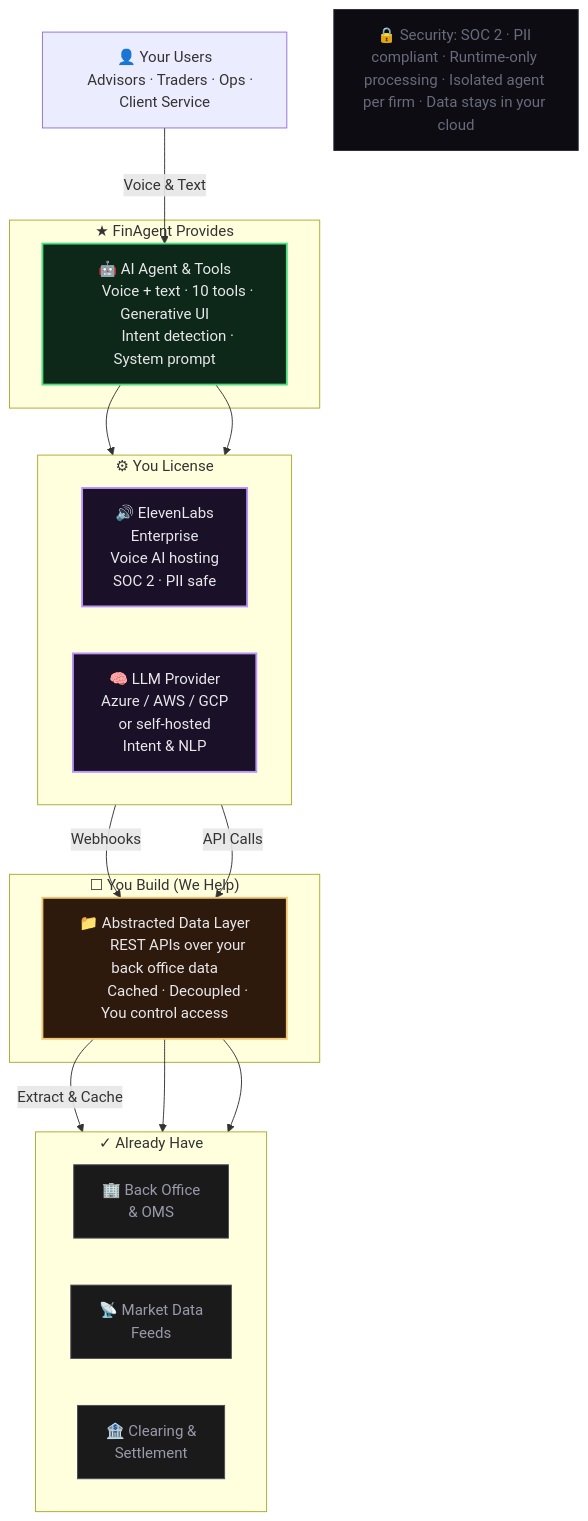
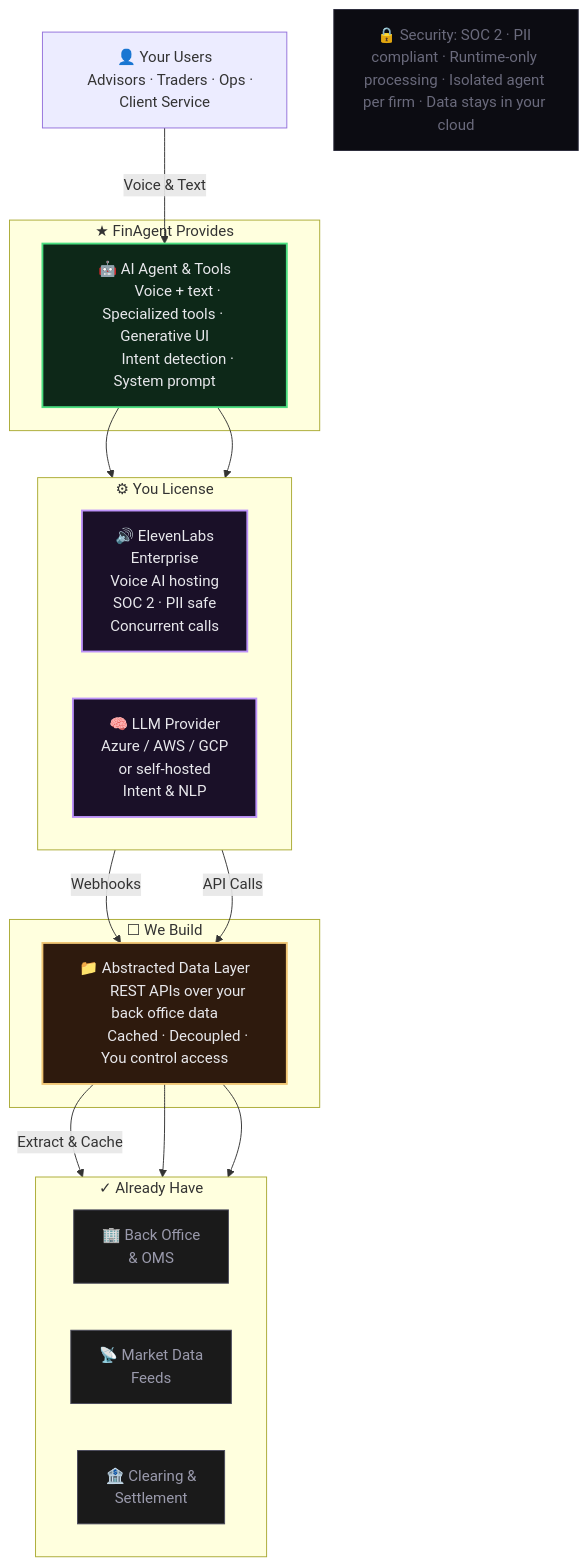
One commit to fin-agent/finagent-frontend changed the second of 2 diagrams in docs/enterprise-architecture.md. Above: the diagram before and after it, drawn with Mermaid. The commit also changed other lines of this file and 1 other file, not shown here.

First line of the commit message:
docs: Update enterprise diagrams with copy refinements and HTML version

````diff
--- a/docs/enterprise-architecture.md
+++ b/docs/enterprise-architecture.md
@@ -152,65 +152,66 @@
 ```mermaid
 graph TB
     %% ── Styles ──────────────────────────────────────────────────
     classDef provide fill:#0d2818,stroke:#4ade80,color:#e8e8ec,stroke-width:2px
     classDef license fill:#1a1028,stroke:#bd93f9,color:#e8e8ec,stroke-width:2px
     classDef build fill:#2e1a0d,stroke:#f0c674,color:#e8e8ec,stroke-width:2px
     classDef have fill:#1a1a1a,stroke:#4a4a5c,color:#9a9aac,stroke-width:1px
     classDef note fill:#0c0c12,stroke:#2a2a3a,color:#6a6a7c,stroke-width:1px
 
     USERS["👤 Your Users
     Advisors · Traders · Ops · Client Service"]
 
     subgraph PROVIDED ["★ FinAgent Provides"]
         AGENT["🤖 AI Agent & Tools
-        Voice + text · 10 tools · Generative UI
+        Voice + text · Specialized tools · Generative UI
         Intent detection · System prompt"]
     end
 
     subgraph LICENSED ["⚙ You License"]
         direction LR
         VOICE["🔊 ElevenLabs
         Enterprise
         Voice AI hosting
-        SOC 2 · PII safe"]
+        SOC 2 · PII safe
+        Concurrent calls"]
         LLMP["🧠 LLM Provider
         Azure / AWS / GCP
         or self-hosted
         Intent & NLP"]
     end
 
-    subgraph BUILT ["☐ You Build (We Help)"]
+    subgraph BUILT ["☐ We Build"]
         DATALAYER["📁 Abstracted Data Layer
         REST APIs over your back office data
         Cached · Decoupled · You control access"]
     end
 
     subgraph EXISTING ["✓ Already Have"]
         direction LR
         BACKOFFICE["🏢 Back Office
         & OMS"]
         MARKET["📡 Market Data
         Feeds"]
         CLEARING["🏦 Clearing &
         Settlement"]
     end
 
     SECURITY["🔒 Security: SOC 2 · PII compliant · Runtime-only processing · Isolated agent per firm · Data stays in your cloud"]
 
     %% ── Flow ────────────────────────────────────────────────────
     USERS -->|"Voice & Text"| AGENT
     AGENT --> VOICE
     AGENT --> LLMP
     VOICE -->|"Webhooks"| DATALAYER
     LLMP -->|"API Calls"| DATALAYER
     DATALAYER -->|"Extract & Cache"| BACKOFFICE
     DATALAYER --> MARKET
     DATALAYER --> CLEARING
 
     %% ── Apply Styles ────────────────────────────────────────────
     class AGENT provide
     class VOICE,LLMP license
     class DATALAYER build
     class BACKOFFICE,MARKET,CLEARING have
     class SECURITY note
 ```
````
